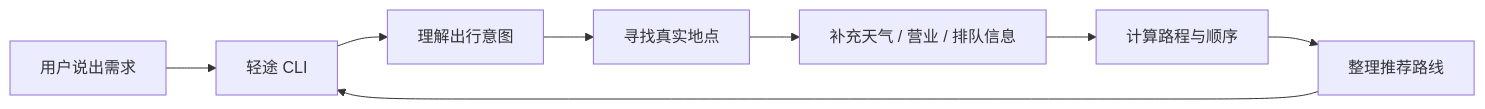
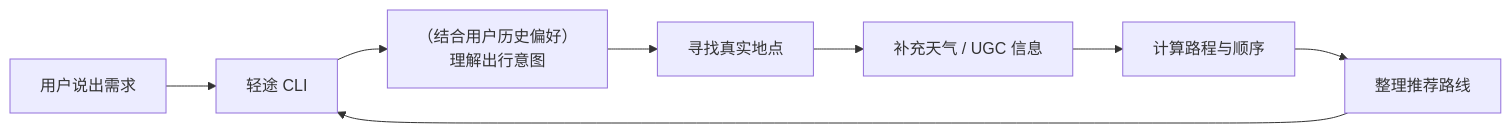
The diagram in README.md (x-timing/LightRoute), drawn with Mermaid before and after one commit. The commit also changed other lines of this file, not shown here.

````diff
--- a/README.md
+++ b/README.md
@@ -156,10 +191,10 @@
 ```mermaid
 flowchart LR
     U["用户说出需求"] --> C["轻途 CLI"]
-    C --> I["理解出行意图"]
+    C --> I["（结合用户历史偏好）<br>理解出行意图"]
     I --> P["寻找真实地点"]
-    P --> W["补充天气 / 营业 / 排队信息"]
+    P --> W["补充天气 / UGC 信息"]
     W --> R["计算路程与顺序"]
     R --> A["整理推荐路线"]
     A --> C
 ```
````
